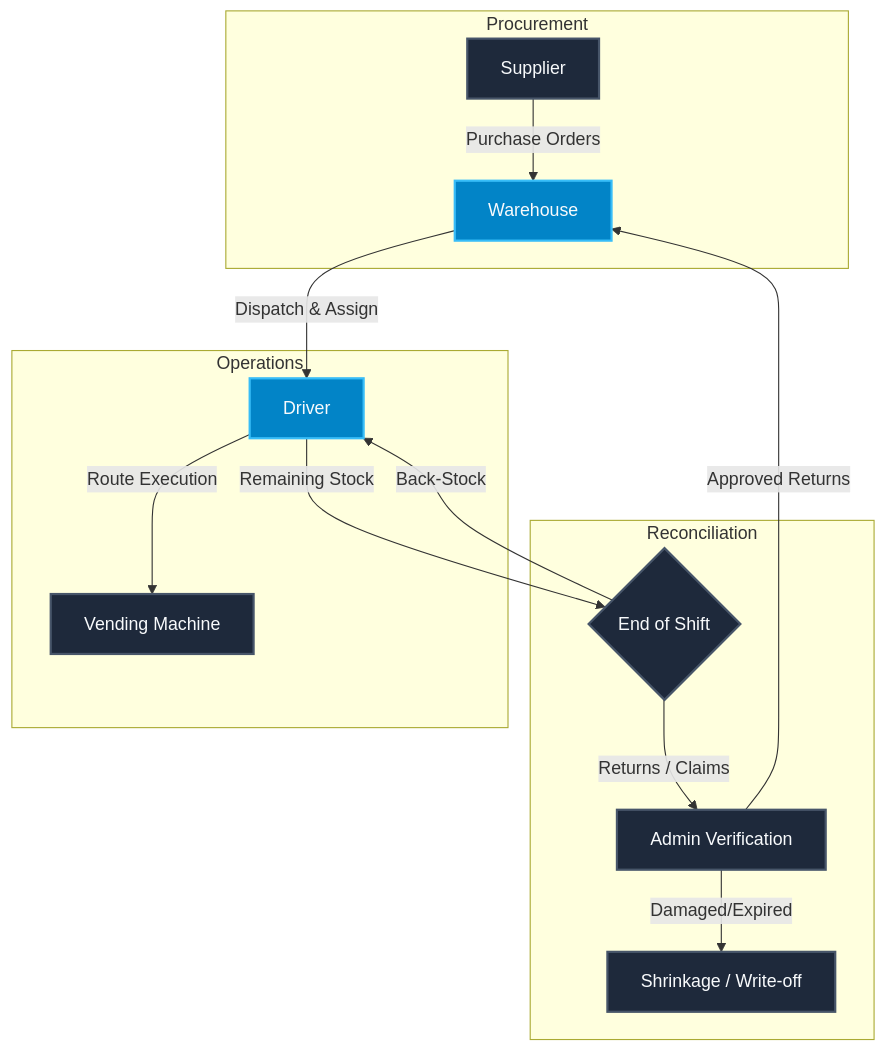
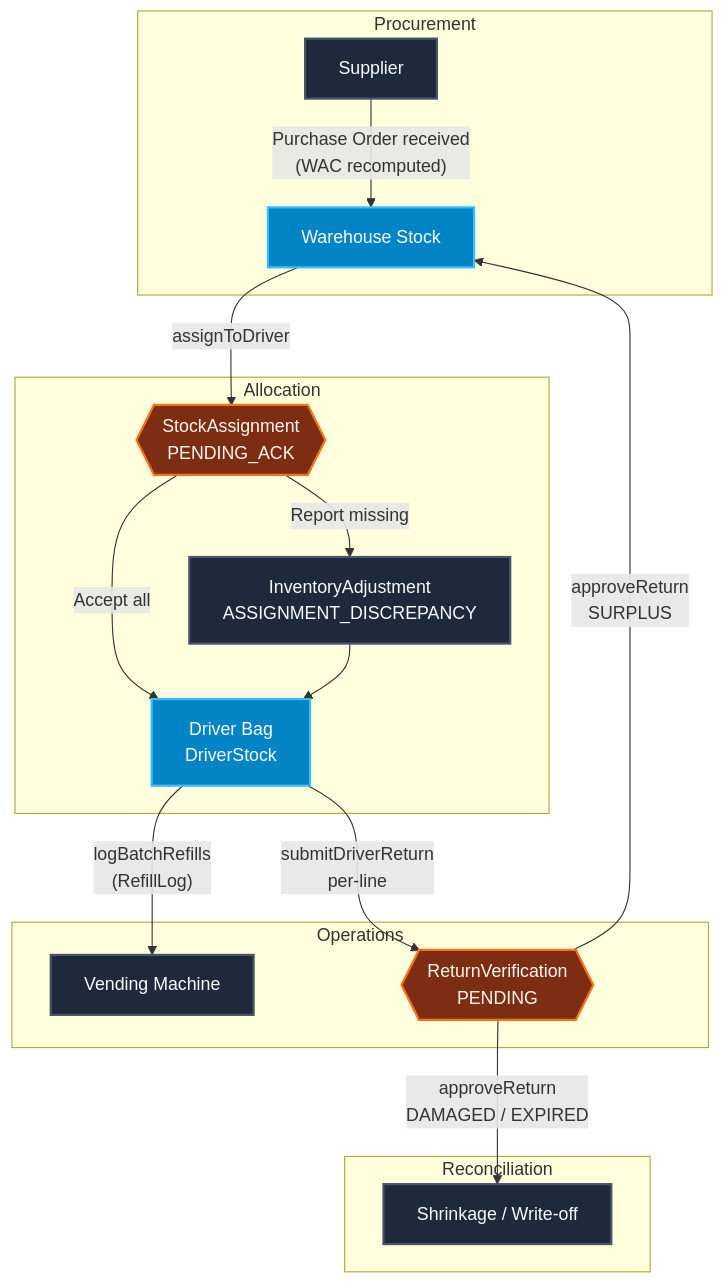
One commit to anaCS-26/Vending-Manager changed the diagram in README.md. Above: the diagram before and after it, drawn with Mermaid.

Commit message:
docs(readme): redraw logistics flow diagram for dispatchless workflow
Replace the Dispatch/Route nodes with the StockAssignment ack/dispute gate,
DriverStock bag, per-line ReturnVerification, and the surplus vs shrinkage
split on admin approval.

````diff
--- a/README.md
+++ b/README.md
@@ -44,27 +44,34 @@
 ```mermaid
 flowchart TD
     subgraph Procurement
-        S[Supplier] -- Purchase Orders --> W[Warehouse]
+        S[Supplier] -- Purchase Order received<br/>(WAC recomputed) --> W[Warehouse Stock]
+    end
+
+    subgraph Allocation
+        W -- assignToDriver --> A{{StockAssignment<br/>PENDING_ACK}}
+        A -- Accept all --> B[Driver Bag<br/>DriverStock]
+        A -- Report missing --> X[InventoryAdjustment<br/>ASSIGNMENT_DISCREPANCY]
+        X --> B
     end
 
     subgraph Operations
-        W -- Dispatch & Assign --> D[Driver]
-        D -- Route Execution --> M[Vending Machine]
+        B -- logBatchRefills<br/>(RefillLog) --> M[Vending Machine]
+        B -- submitDriverReturn<br/>per-line --> RV{{ReturnVerification<br/>PENDING}}
     end
 
     subgraph Reconciliation
-        D -- Remaining Stock --> R{End of Shift}
-        R -- Back-Stock --> D
-        R -- Returns / Claims --> V[Admin Verification]
-        V -- Approved Returns --> W
-        V -- Damaged/Expired --> C[Shrinkage / Write-off]
+        RV -- approveReturn<br/>SURPLUS --> W
+        RV -- approveReturn<br/>DAMAGED / EXPIRED --> C[Shrinkage / Write-off]
     end
 
     classDef default fill:#1e293b,stroke:#475569,stroke-width:2px,color:#f8fafc;
     classDef highlight fill:#0284c7,stroke:#38bdf8,stroke-width:2px,color:#f8fafc;
+    classDef pending fill:#7c2d12,stroke:#f97316,stroke-width:2px,color:#fff7ed;
 
     S:::default
     W:::highlight
-    D:::highlight
+    B:::highlight
     M:::default
+    A:::pending
+    RV:::pending
 ```
````
